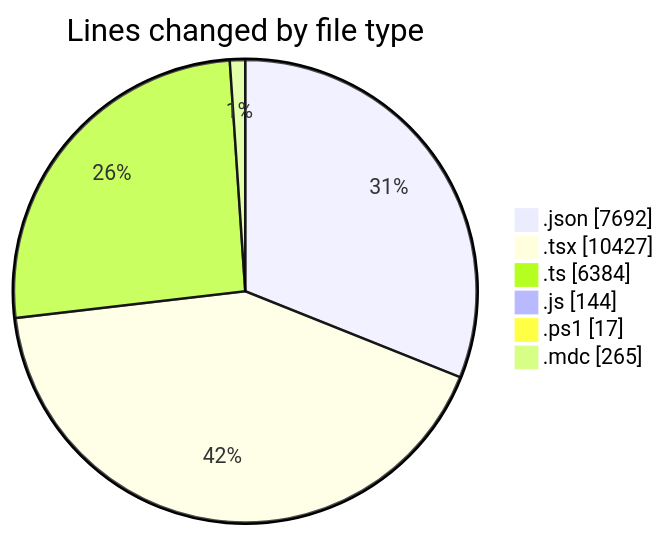
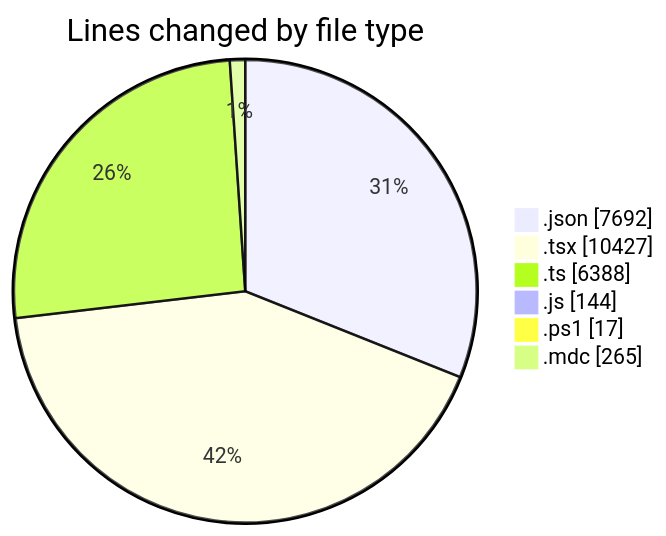
The first of 2 diagrams in 2025-06-10/ecodeli-1/README.md (CELIANVF/code-tracking), drawn with Mermaid before and after one commit. The commit also changed other lines of this file and 1 other file, not shown here.

````diff
--- a/2025-06-10/ecodeli-1/README.md
+++ b/2025-06-10/ecodeli-1/README.md
@@ -77,10 +77,10 @@
 ```mermaid
 pie showData
 title Lines changed by file type
 ".json" : 7692
 ".tsx" : 10427
-".ts" : 6384
+".ts" : 6388
 ".js" : 144
 ".ps1" : 17
 ".mdc" : 265
 ```
````
